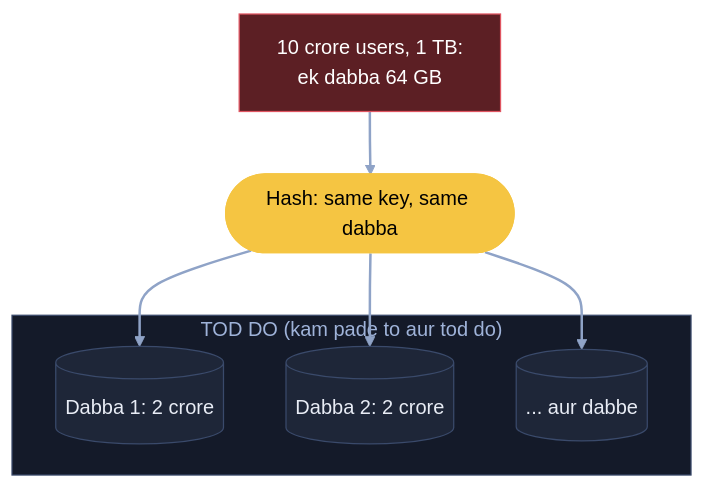
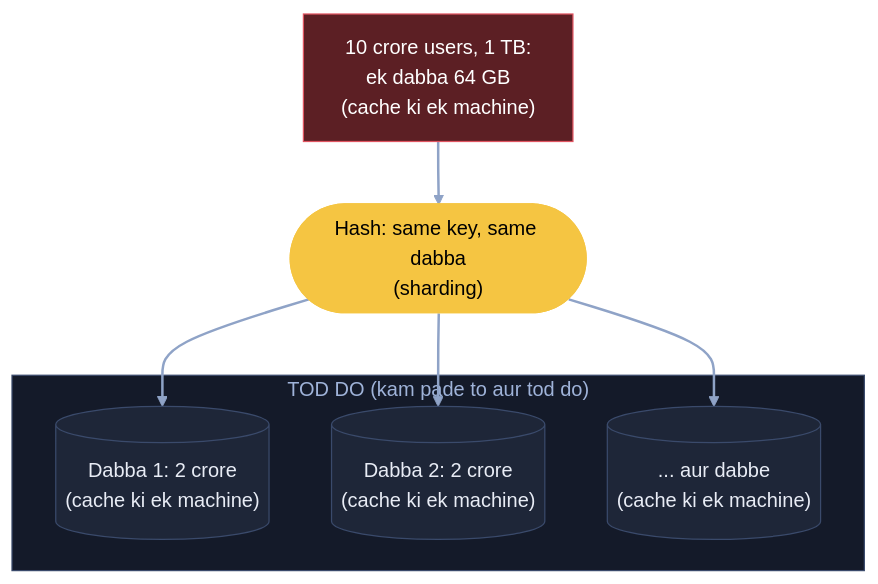
Before and after one commit to ArpanMaheshwari144/Prep: the third of 7 diagrams in 04_HLD/SYSTEM_DESIGNS/10_distributed_cache/10_distributed_cache.md, drawn with Mermaid. The commit also changed other lines of this file and 22 other files, not shown here.

Commit message:
Diagram: sirf kahani ke dohraaye shabd pe bracket, us jagah notes wala matlab (207 label)

````diff
--- a/04_HLD/SYSTEM_DESIGNS/10_distributed_cache/10_distributed_cache.md
+++ b/04_HLD/SYSTEM_DESIGNS/10_distributed_cache/10_distributed_cache.md
@@ -124,20 +124,20 @@
 ```mermaid
 flowchart TB
-    X["10 crore users, 1 TB:<br/>ek dabba 64 GB"]:::bad
-    H(["Hash: same key, same dabba"]):::pill
+    X["10 crore users, 1 TB:<br/>ek dabba 64 GB<br/>(cache ki ek machine)"]:::bad
+    H(["Hash: same key, same dabba<br/>(sharding)"]):::pill
     subgraph TD["TOD DO (kam pade to aur tod do)"]
-        M1[("Dabba 1: 2 crore")]:::card
-        M2[("Dabba 2: 2 crore")]:::card
-        MN[("... aur dabbe")]:::card
+        M1[("Dabba 1: 2 crore<br/>(cache ki ek machine)")]:::card
+        M2[("Dabba 2: 2 crore<br/>(cache ki ek machine)")]:::card
+        MN[("... aur dabbe<br/>(cache ki ek machine)")]:::card
     end
     X --> H
     H --> M1
     H --> M2
     H --> MN
     linkStyle default stroke:#8fa3c7,stroke-width:2px
     classDef card fill:#1e2638,stroke:#3a4a6b,color:#e8ecf5
     classDef pill fill:#f5c542,stroke:#f5c542,color:#000
     classDef good fill:#2e7d4f,stroke:#3fbf6f,color:#fff
     classDef bad fill:#5c1f24,stroke:#e05561,color:#fff
     style TD fill:#141a29,stroke:#3a4a6b,color:#9fb3d9
 ```
````
